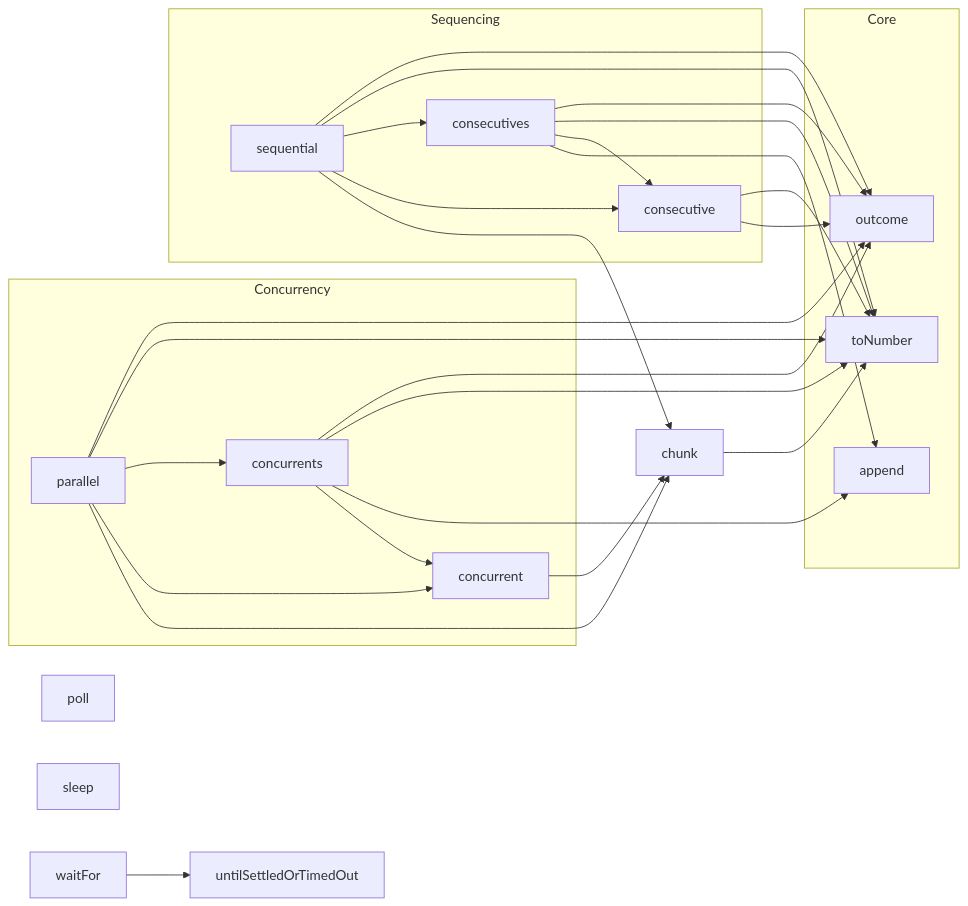
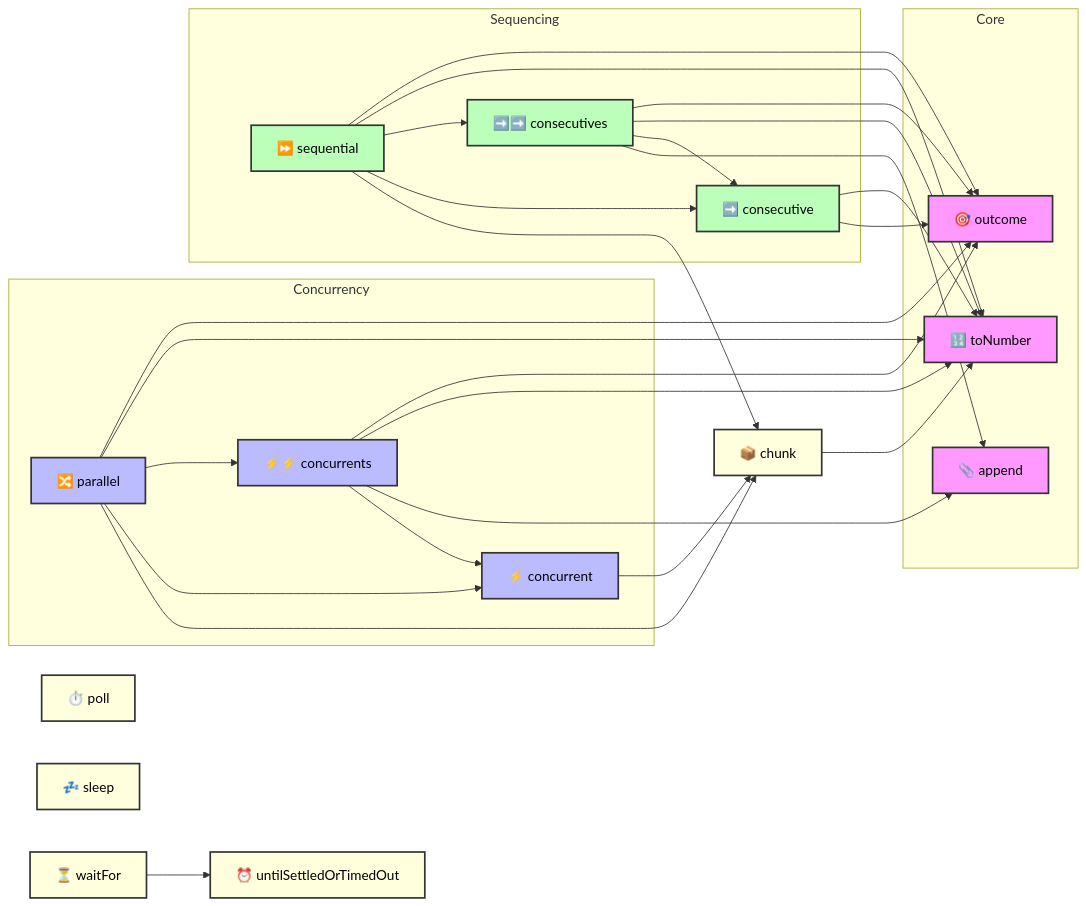
The diagram in README.md (rickypc/timeable-promise), drawn with Mermaid before and after one commit. The commit also changed other lines of this file and 20 other files, not shown here.

Commit message:
Adjust the examples, configs, module type, colorize the graph.

````diff
--- a/README.md
+++ b/README.md
@@ -29,56 +29,69 @@
 ```mermaid
 graph LR
 
+%% --- Subgraphs ---
 subgraph Core
-  append
-  outcome
-  toNumber
+  append["📎 append"]
+  outcome["🎯 outcome"]
+  toNumber["🔢 toNumber"]
 end
 
 subgraph Concurrency
-  concurrent
-  concurrents
-  parallel
+  concurrent["⚡ concurrent"]
+  concurrents["⚡⚡ concurrents"]
+  parallel["🔀 parallel"]
 end
 
 subgraph Sequencing
-  consecutive
-  consecutives
-  sequential
+  consecutive["➡️ consecutive"]
+  consecutives["➡️➡️ consecutives"]
+  sequential["⏩ sequential"]
 end
 
-poll
-sleep
-waitFor
-untilSettledOrTimedOut
+poll["⏱️ poll"]
+sleep["💤 sleep"]
+waitFor["⏳ waitFor"]
+untilSettledOrTimedOut["⏰ untilSettledOrTimedOut"]
 
-chunk --> toNumber
+%% --- Links ---
+chunk["📦 chunk"] --> toNumber
 concurrent --> chunk
 
 concurrents --> concurrent
 concurrents --> append
 concurrents --> toNumber
 concurrents --> outcome
 
 consecutive --> outcome
 consecutive --> toNumber
 
 consecutives --> append
 consecutives --> consecutive
 consecutives --> toNumber
 consecutives --> outcome
 
 parallel --> chunk
 parallel --> concurrent
 parallel --> concurrents
 parallel --> toNumber
 parallel --> outcome
 
 sequential --> chunk
 sequential --> consecutive
 sequential --> consecutives
 sequential --> toNumber
 sequential --> outcome
 
 waitFor --> untilSettledOrTimedOut
+
+%% --- Styling with original fills + black text ---
+classDef core fill:#f9f,stroke:#333,stroke-width:2px,color:#000;
+classDef concurrency fill:#bbf,stroke:#333,stroke-width:2px,color:#000;
+classDef sequencing fill:#bfb,stroke:#333,stroke-width:2px,color:#000;
+classDef utility fill:#ffd,stroke:#333,stroke-width:2px,color:#000;
+
+class append,outcome,toNumber core;
+class concurrent,concurrents,parallel concurrency;
+class consecutive,consecutives,sequential sequencing;
+class poll,sleep,waitFor,untilSettledOrTimedOut,chunk utility;
 ```
````
